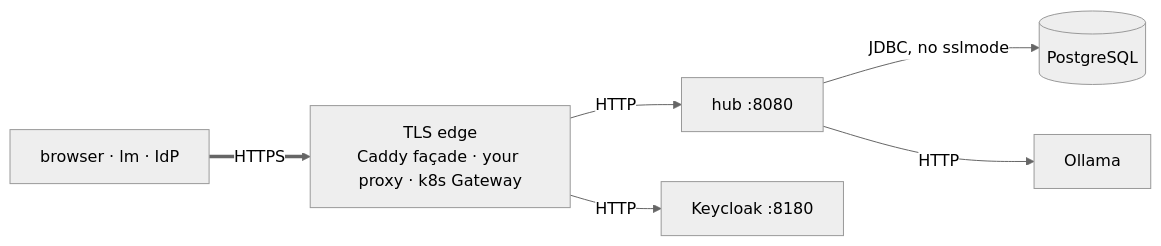
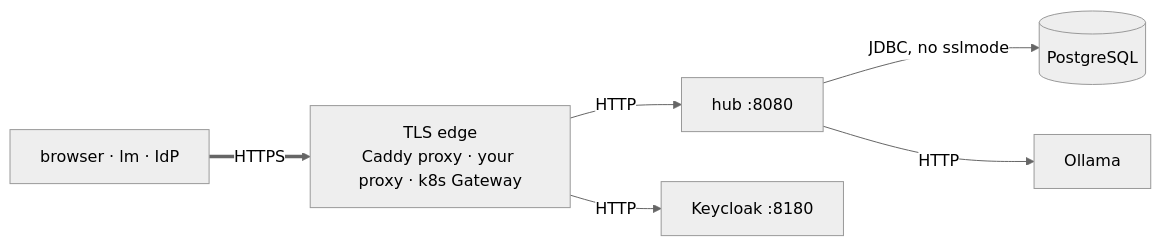
One commit to icreated/lumnik-open changed the second of 2 diagrams in docs/security/rls.md. Above: the diagram before and after it, drawn with Mermaid (neutral theme). The commit also changed other lines of this file and 634 other files, not shown here.

````diff
--- a/docs/security/rls.md
+++ b/docs/security/rls.md
@@ -120,8 +123,8 @@
 ```mermaid
 flowchart LR
-  b["browser · lm · IdP"] ==>|"HTTPS"| edge["TLS edge<br/>Caddy façade · your proxy · k8s Gateway"]
+  b["browser · lm · IdP"] ==>|"HTTPS"| edge["TLS edge<br/>Caddy proxy · your proxy · k8s Gateway"]
   edge -->|"HTTP"| hub["hub :8080"]
   hub -->|"JDBC, no sslmode"| pg[("PostgreSQL")]
   hub -->|"HTTP"| ollama["Ollama"]
   edge -->|"HTTP"| kc["Keycloak :8180"]
 ```
````
